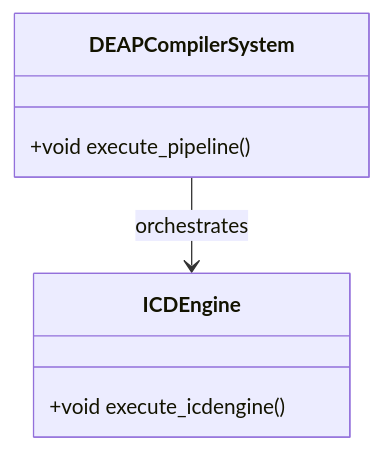
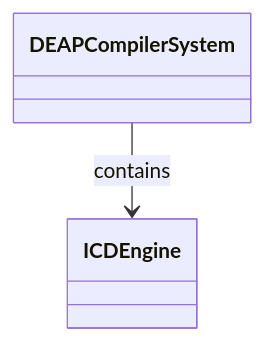
The diagram in docs/features/FEAT-41-ICDEngine.md (gintatkinson/dumpiler-01), drawn with Mermaid before and after one commit. The commit also changed other lines of this file and 101 other files, not shown here.

````diff
--- a/docs/features/FEAT-41-ICDEngine.md
+++ b/docs/features/FEAT-41-ICDEngine.md
@@ -25,10 +29,6 @@
 ```mermaid
 classDiagram
-    class DEAPCompilerSystem {
-        +void execute_pipeline()
-    }
-    class ICDEngine {
-        +void execute_icdengine()
-    }
-    DEAPCompilerSystem --> ICDEngine : orchestrates
+    class DEAPCompilerSystem
+    class ICDEngine
+    DEAPCompilerSystem --> ICDEngine : contains
 ```
````
